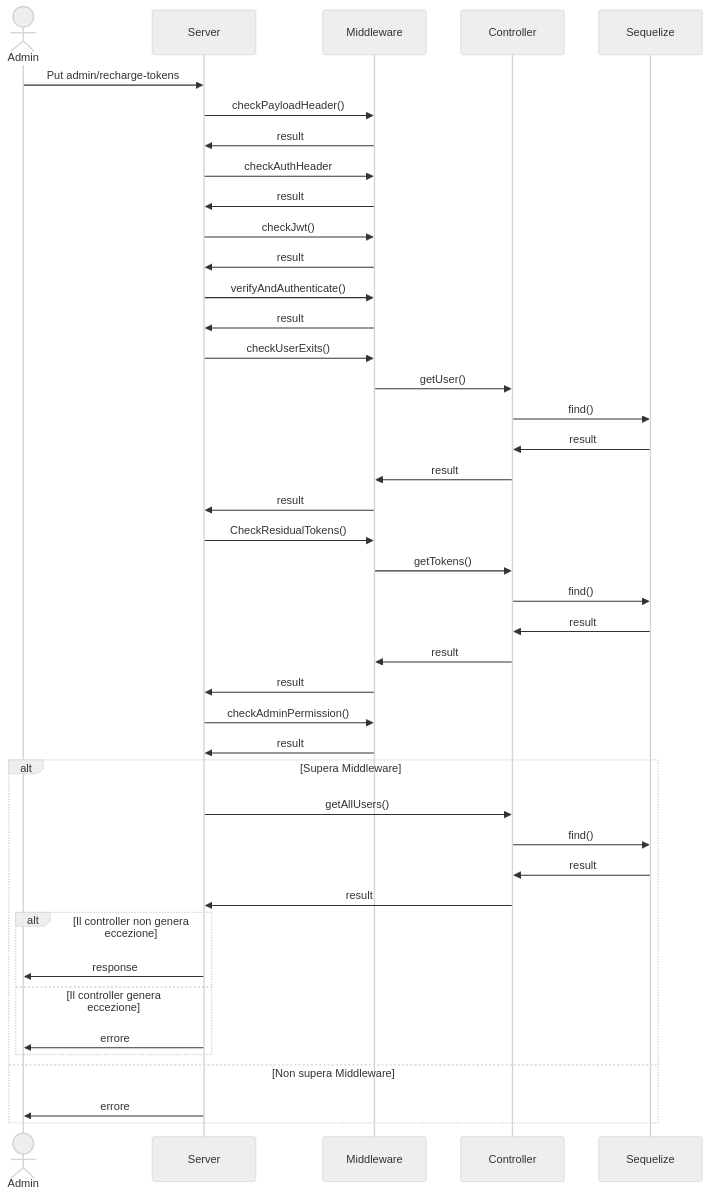
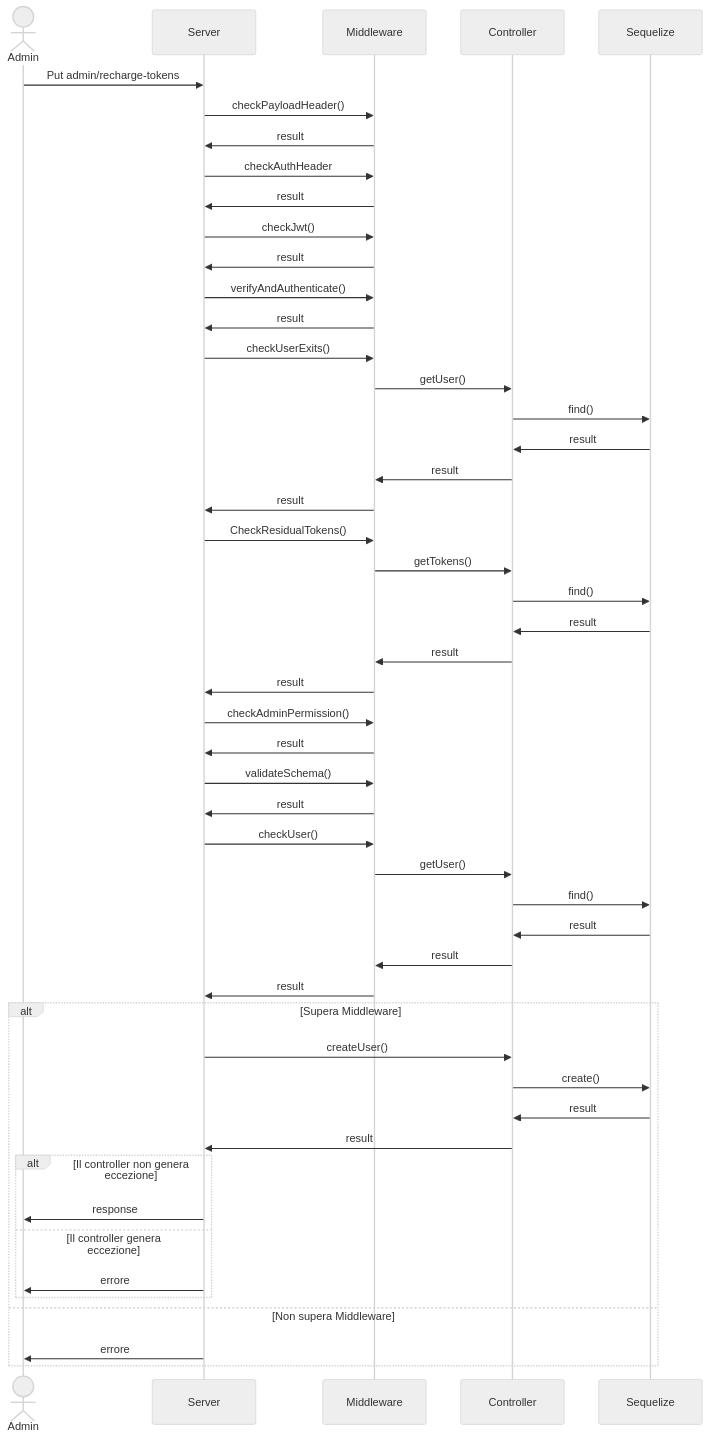
The ninth of 9 diagrams in README.md (AgneseBruglia/PA2024), drawn with Mermaid (neutral theme) before and after one commit. The commit also changed other lines of this file, not shown here.

````diff
--- a/README.md
+++ b/README.md
@@ -473,49 +488,59 @@
 ```mermaid
 sequenceDiagram
      actor Admin
 
     Admin->>Server: Put admin/recharge-tokens
 
     Server->>Middleware: checkPayloadHeader()
     Middleware->>Server: result 
     
     Server->>Middleware: checkAuthHeader
     Middleware->>Server: result
 
     Server->>Middleware: checkJwt()
     Middleware->>Server: result
 
     Server->>Middleware: verifyAndAuthenticate()
     Middleware->>Server: result
 
     Server->>Middleware: checkUserExits()
     Middleware->>Controller: getUser()
     Controller->>Sequelize: find()
     Sequelize->>Controller: result
     Controller->>Middleware: result
     Middleware->>Server: result
 
     Server->>Middleware: CheckResidualTokens()
     Middleware->>Controller: getTokens()
     Controller->>Sequelize: find()
     Sequelize->>Controller: result
     Controller->>Middleware: result
     Middleware->>Server: result
 
     Server->>Middleware: checkAdminPermission()
     Middleware->>Server: result
 
+    Server->>Middleware: validateSchema()
+    Middleware->>Server: result
+
+    Server->>Middleware: checkUser()
+    Middleware->>Controller: getUser()
+    Controller->>Sequelize: find()
+    Sequelize->>Controller: result
+    Controller->>Middleware: result
+    Middleware->>Server: result
+
     alt Supera Middleware
-        Server->>Controller: getAllUsers()
-        Controller->>Sequelize: find()
+        Server->>Controller: createUser()
+        Controller->>Sequelize: create()
         Sequelize->>Controller: result
         Controller->>Server:result
         alt Il controller non genera eccezione
              Server->>Admin: response
         else Il controller genera eccezione
              Server->>Admin: errore
         end 
     else  Non supera Middleware
         Server->>Admin: errore
     end
 ```
````
